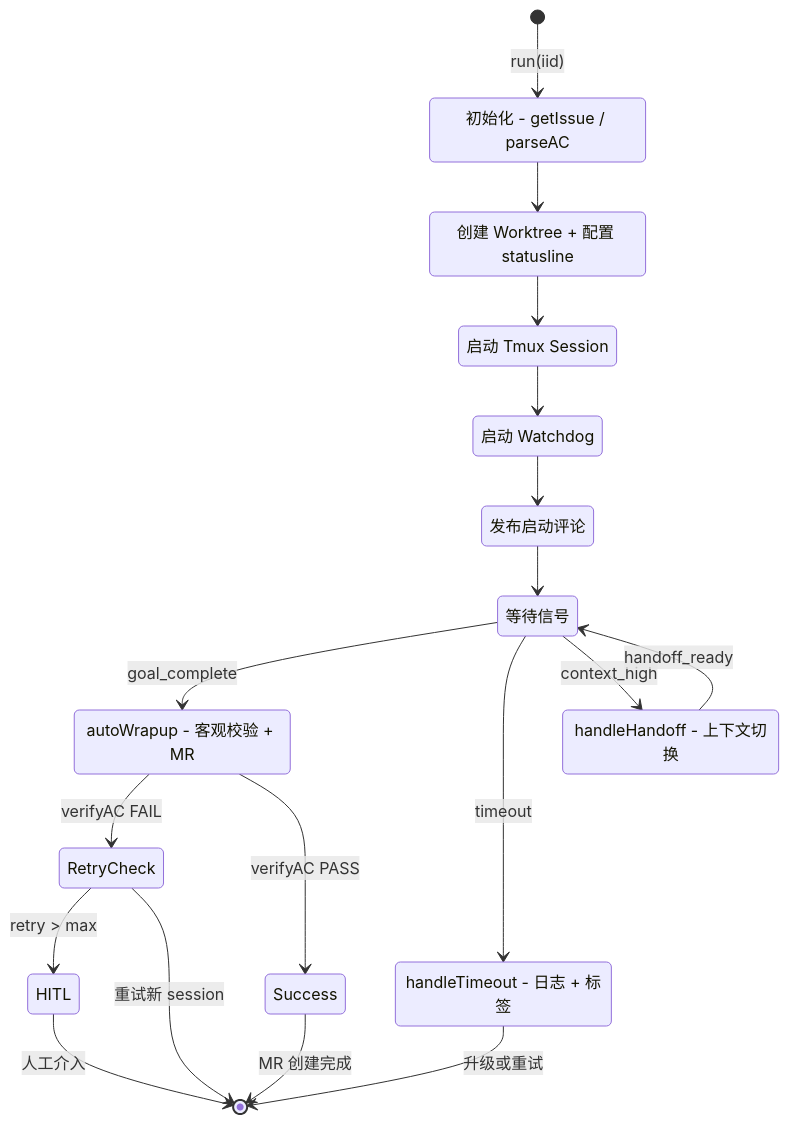
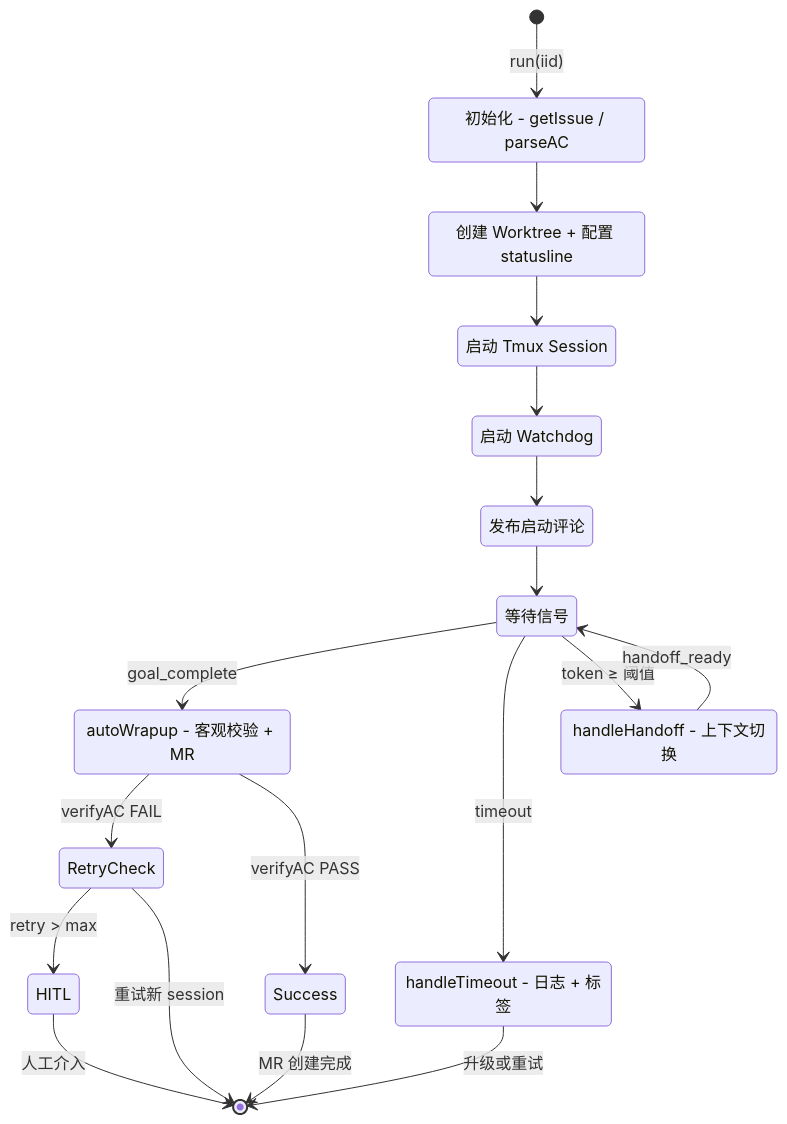
The sixth of 11 diagrams in docs/ARCHITECTURE.md (easyhaloo/afk), drawn with Mermaid before and after one commit. The commit also changed other lines of this file and 5 other files, not shown here.

First line of the commit message:
refactor(schemas): remove context_high signal from the protocol entirely

````diff
--- a/docs/ARCHITECTURE.md
+++ b/docs/ARCHITECTURE.md
@@ -346,35 +347,35 @@
 ```mermaid
 stateDiagram-v2
     [*] --> Init: run(iid)
 
     Init: 初始化 - getIssue / parseAC
     Worktree: 创建 Worktree + 配置 statusline
     TmuxLaunch: 启动 Tmux Session
     Watchdog: 启动 Watchdog
     Comment: 发布启动评论
     Polling: 等待信号
 
     Init --> Worktree
     Worktree --> TmuxLaunch
     TmuxLaunch --> Watchdog
     Watchdog --> Comment
     Comment --> Polling
 
     Polling --> AutoWrapup: goal_complete
     Polling --> Timeout: timeout
-    Polling --> Handoff: context_high
+    Polling --> Handoff: token ≥ 阈值
 
     AutoWrapup: autoWrapup - 客观校验 + MR
     Timeout: handleTimeout - 日志 + 标签
     Handoff: handleHandoff - 上下文切换
 
     AutoWrapup --> RetryCheck: verifyAC FAIL
     AutoWrapup --> Success: verifyAC PASS
     RetryCheck --> HITL: retry > max
     RetryCheck --> [*]: 重试新 session
 
     Success --> [*]: MR 创建完成
     Timeout --> [*]: 升级或重试
     Handoff --> Polling: handoff_ready
     HITL --> [*]: 人工介入
 ```
````
